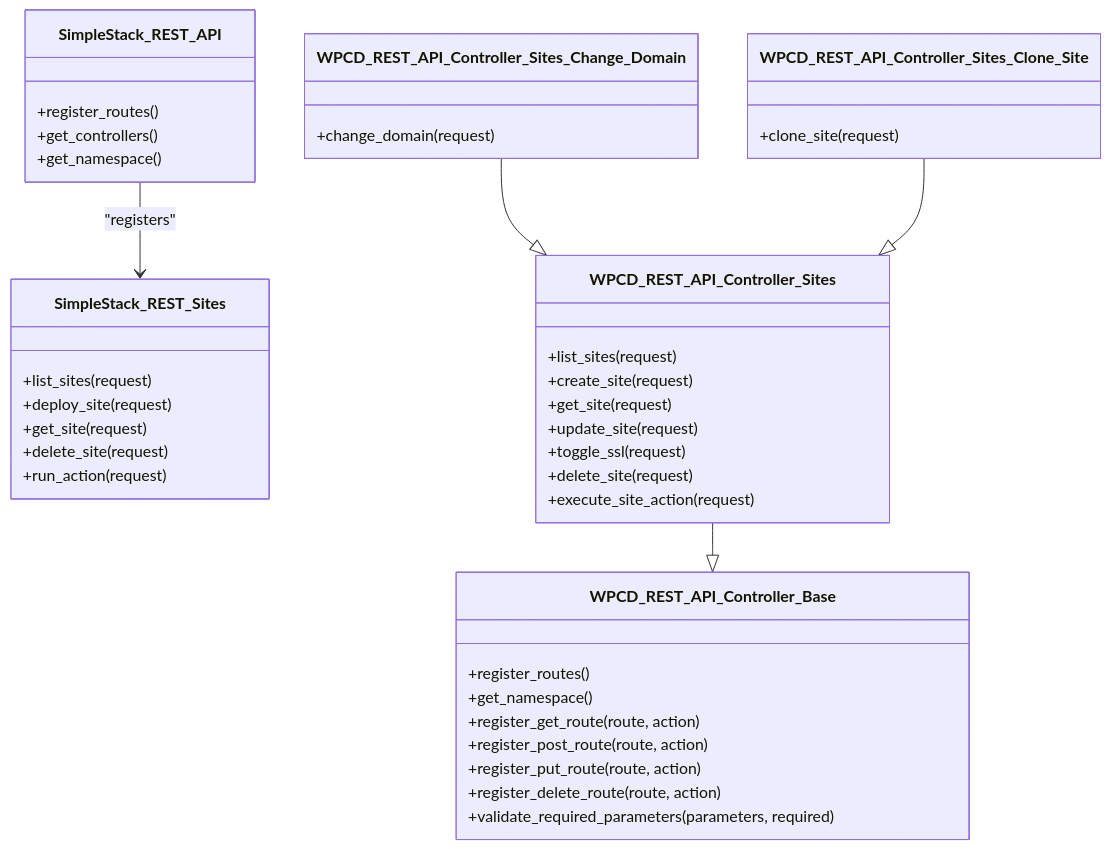
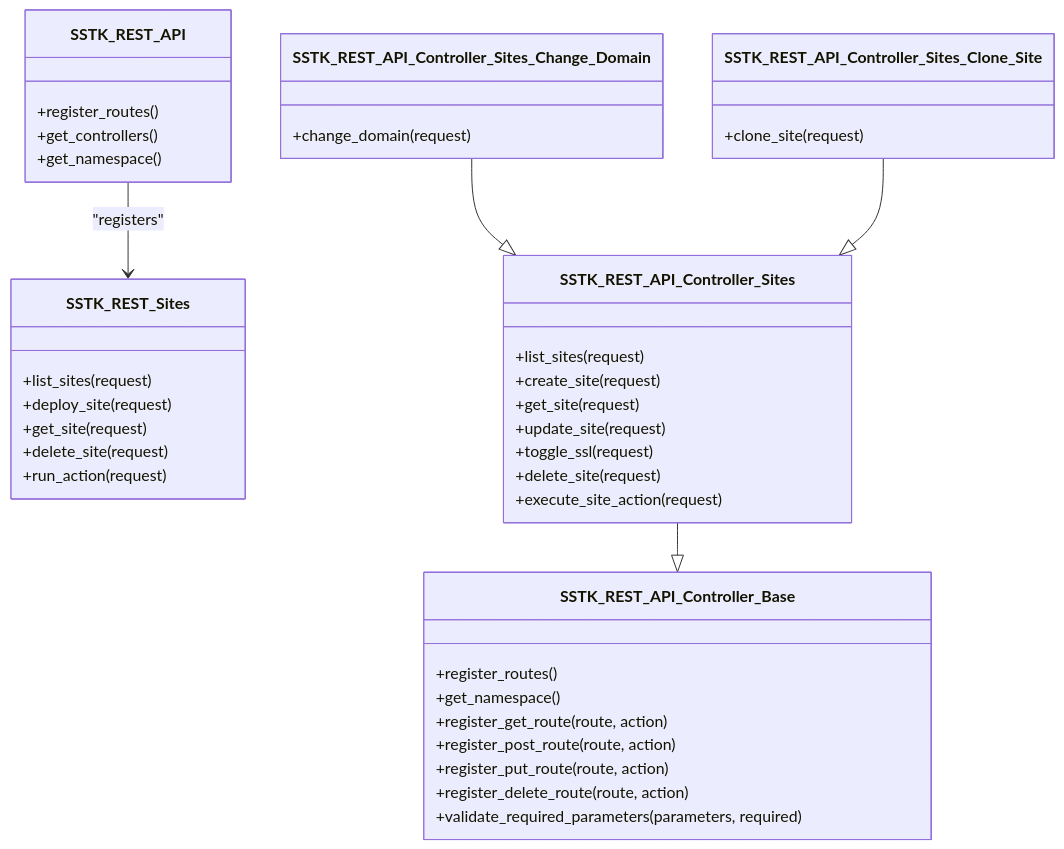
Before and after one commit to onedogsolutions/simple-stack: the third of 3 diagrams in .qoder/repowiki/en/content/REST API Reference/Sites API.md, drawn with Mermaid. The commit also changed other lines of this file and 5941 other files, not shown here.

First line of the commit message:
refactor(core): rebrand WPCloudDeploy to Simple Stack with new namespaces and prefixes

````diff
--- a/.qoder/repowiki/en/content/REST API Reference/Sites API.md
+++ b/.qoder/repowiki/en/content/REST API Reference/Sites API.md
@@ -330,43 +332,43 @@
 ```mermaid
 classDiagram
-class SimpleStack_REST_API {
+class SSTK_REST_API {
 +register_routes()
 +get_controllers()
 +get_namespace()
 }
-class SimpleStack_REST_Sites {
+class SSTK_REST_Sites {
 +list_sites(request)
 +deploy_site(request)
 +get_site(request)
 +delete_site(request)
 +run_action(request)
 }
-class WPCD_REST_API_Controller_Base {
+class SSTK_REST_API_Controller_Base {
 +register_routes()
 +get_namespace()
 +register_get_route(route, action)
 +register_post_route(route, action)
 +register_put_route(route, action)
 +register_delete_route(route, action)
 +validate_required_parameters(parameters, required)
 }
-class WPCD_REST_API_Controller_Sites {
+class SSTK_REST_API_Controller_Sites {
 +list_sites(request)
 +create_site(request)
 +get_site(request)
 +update_site(request)
 +toggle_ssl(request)
 +delete_site(request)
 +execute_site_action(request)
 }
-class WPCD_REST_API_Controller_Sites_Change_Domain {
+class SSTK_REST_API_Controller_Sites_Change_Domain {
 +change_domain(request)
 }
-class WPCD_REST_API_Controller_Sites_Clone_Site {
+class SSTK_REST_API_Controller_Sites_Clone_Site {
 +clone_site(request)
 }
-SimpleStack_REST_API --> SimpleStack_REST_Sites : "registers"
-WPCD_REST_API_Controller_Sites_Change_Domain --|> WPCD_REST_API_Controller_Sites
-WPCD_REST_API_Controller_Sites_Clone_Site --|> WPCD_REST_API_Controller_Sites
-WPCD_REST_API_Controller_Sites --|> WPCD_REST_API_Controller_Base
+SSTK_REST_API --> SSTK_REST_Sites : "registers"
+SSTK_REST_API_Controller_Sites_Change_Domain --|> SSTK_REST_API_Controller_Sites
+SSTK_REST_API_Controller_Sites_Clone_Site --|> SSTK_REST_API_Controller_Sites
+SSTK_REST_API_Controller_Sites --|> SSTK_REST_API_Controller_Base
 ```
````
